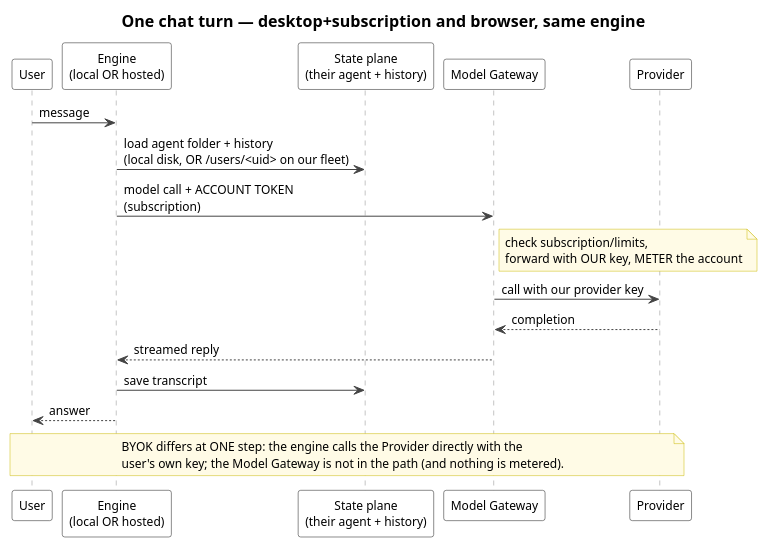
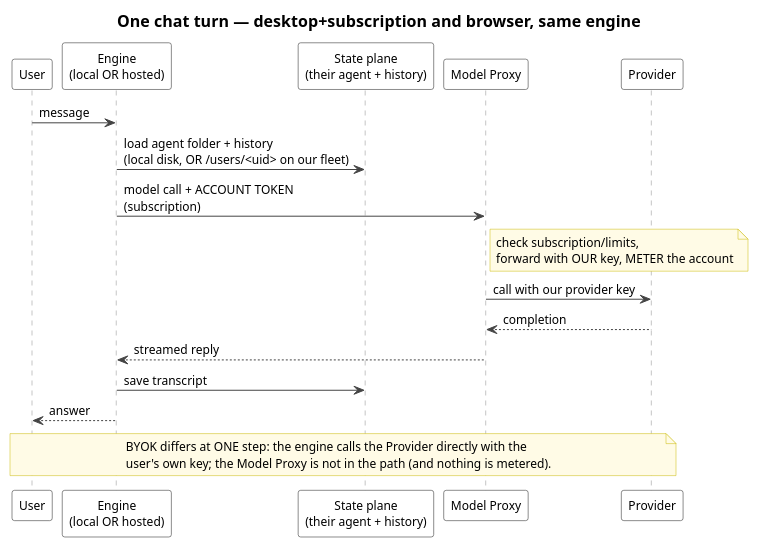
The fourth of 5 diagrams in v2/planning/platform/diagrams/platform-architecture.puml (SaptarshiMazumder/pc-agent), drawn with PlantUML before and after one commit. The commit also changed other lines of this file and 66 other files, not shown here.

Commit message:
Separated model-proxy microsevrice

```diff
--- a/v2/planning/platform/diagrams/platform-architecture.puml
+++ b/v2/planning/platform/diagrams/platform-architecture.puml
@@ -165,38 +165,38 @@
 @startuml request-flow
 title One chat turn — desktop+subscription and browser, same engine
 
 skinparam shadowing false
 skinparam defaultFontName Segoe UI
 skinparam defaultFontSize 12
 skinparam TitleFontSize 16
 skinparam sequence {
   ArrowColor #444444
   LifeLineBorderColor #888888
   ParticipantBackgroundColor White
 }
 skinparam note {
   BackgroundColor #FFFBE6
   BorderColor #C8B900
 }
 
 participant "User" as U
 participant "Engine\n(local OR hosted)" as E
 participant "State plane\n(their agent + history)" as S
-participant "Model Gateway" as G
+participant "Model Proxy" as G
 participant "Provider" as P
 
 U -> E : message
 E -> S : load agent folder + history\n(local disk, OR /users/<uid> on our fleet)
 E -> G : model call + ACCOUNT TOKEN\n(subscription)
 note right of G : check subscription/limits,\nforward with OUR key, METER the account
 G -> P : call with our provider key
 P --> G : completion
 G --> E : streamed reply
 E -> S : save transcript
 E --> U : answer
 
 note over U, P
   BYOK differs at ONE step: the engine calls the Provider directly with the
-  user's own key; the Model Gateway is not in the path (and nothing is metered).
+  user's own key; the Model Proxy is not in the path (and nothing is metered).
 end note
 @enduml
```
